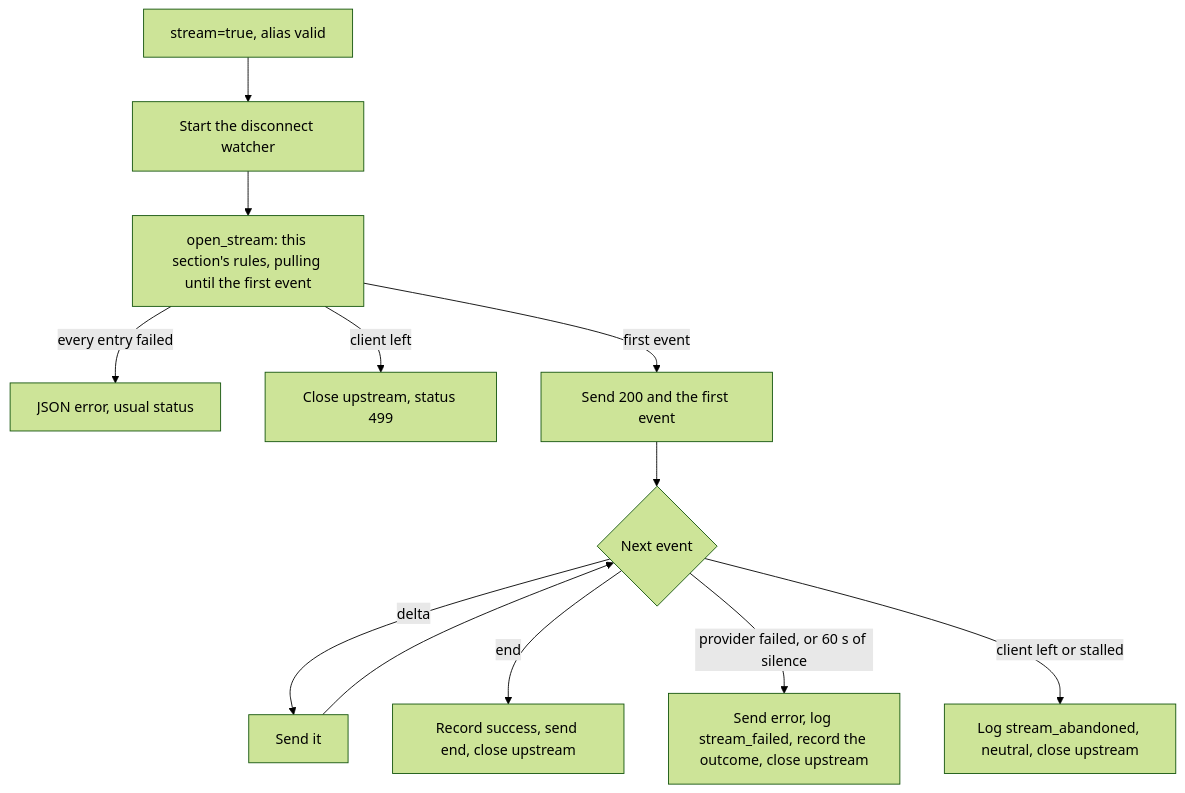
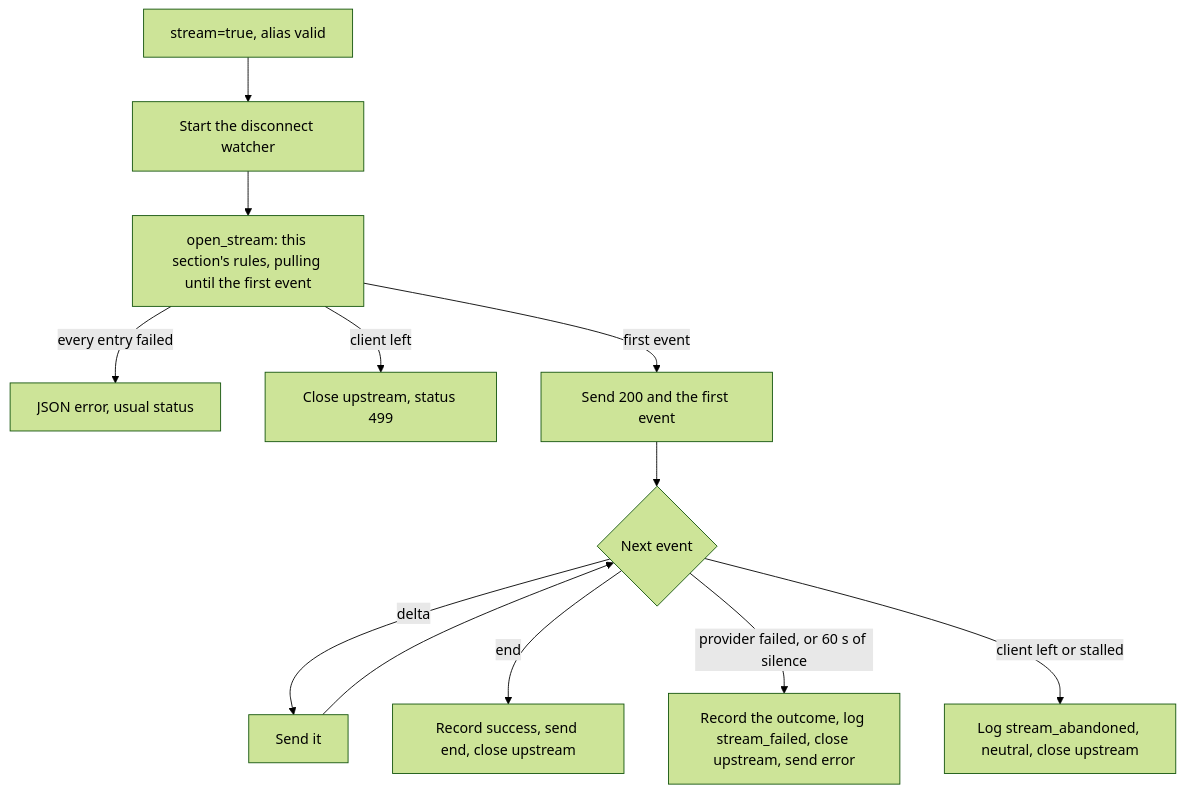
One commit to Jasmeet-011/LLMGateway changed the fourth of 6 diagrams in FLOW.md. Above: the diagram before and after it, drawn with Mermaid (forest theme). The commit also changed other lines of this file and 2 other files, not shown here.

````diff
--- a/FLOW.md
+++ b/FLOW.md
@@ -131,14 +131,14 @@
 ```mermaid
 flowchart TD
     A[stream=true, alias valid] --> W[Start the disconnect watcher]
     W --> O[open_stream: this section's rules, pulling until the first event]
     O -->|every entry failed| E[JSON error, usual status]
     O -->|client left| G[Close upstream, status 499]
     O -->|first event| S[Send 200 and the first event]
     S --> N{Next event}
     N -->|delta| D[Send it]
     D --> N
     N -->|end| F[Record success, send end, close upstream]
-    N -->|provider failed, or 60 s of silence| X[Send error, log stream_failed, record the outcome, close upstream]
+    N -->|provider failed, or 60 s of silence| X[Record the outcome, log stream_failed, close upstream, send error]
     N -->|client left or stalled| Y[Log stream_abandoned, neutral, close upstream]
 ```
````
